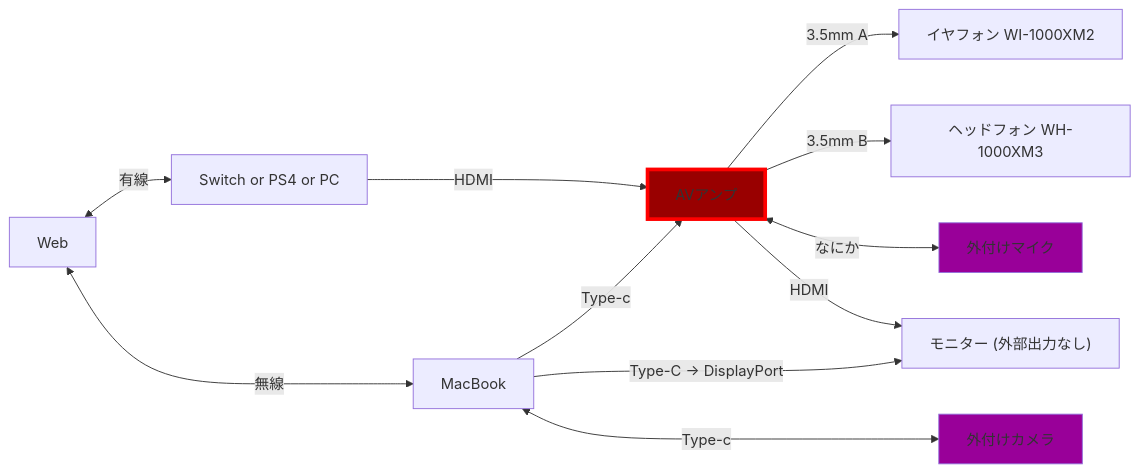
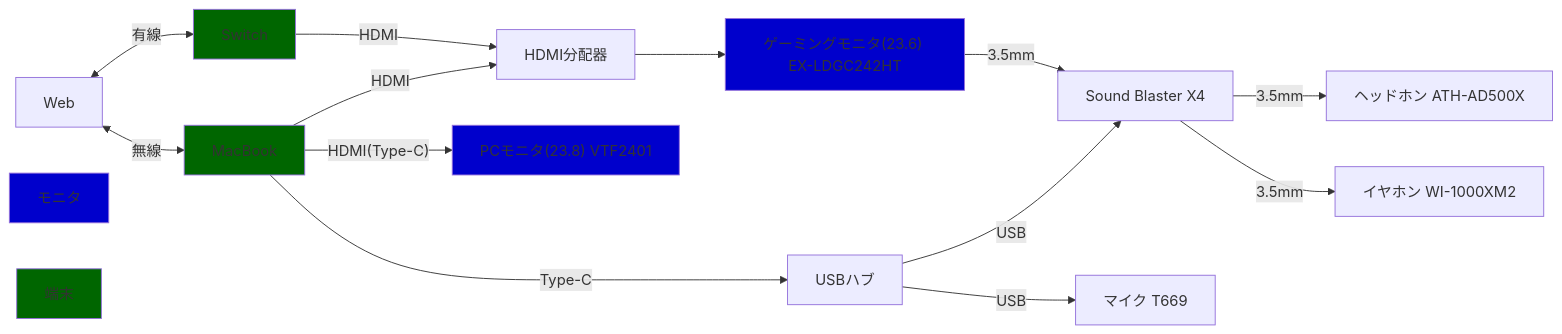
The diagram in environment/desktop.md (kotaoue/gamemo), drawn with Mermaid before and after one commit. The commit also changed other lines of this file, not shown here.

````diff
--- a/environment/desktop.md
+++ b/environment/desktop.md
@@ -17,16 +3,25 @@
 ```mermaid
 flowchart LR
-    Web <-->|有線| Game["Switch or PS4 or PC"]
-    Game --->|HDMI| Gadget
     Web <-->|無線| MacBook
-    Gadget -->|"3.5mm A"| イヤフォン["イヤフォン WI-1000XM2"]
-    Gadget -->|"3.5mm B"| ヘッドフォン["ヘッドフォン WH-1000XM3"]
-    Gadget <-->|なにか| 外付けマイク
-    Gadget -->|HDMI| Monitor
-    MacBook --->|"Type-C -> DisplayPort"| Monitor["モニター (外部出力なし)"]
-    MacBook -->|"Type-c"| Gadget[AVアンプ]
-    MacBook <--->|"Type-c"| 外付けカメラ
-    style Gadget fill:#900,stroke:#f00,stroke-width:4px
-    style 外付けカメラ fill:#909
-    style 外付けマイク fill:#909
+    MacBook -->|Type-C| USBハブ
+    USBハブ -->|USB| DAC["Sound Blaster X4"]
+    USBハブ -->|USB| マイク["マイク T669"]
+    MacBook -->|HDMI| HDMI分配器
+    HDMI分配器 -->ゲーミングモニタ["ゲーミングモニタ(23.6) EX-LDGC242HT"]
+    MacBook -->|"HDMI(Type-C)"| PCモニタ["PCモニタ(23.8) VTF2401"]
+
+    ゲーミングモニタ -->|3.5mm| DAC
+    DAC -->|3.5mm| ヘッドホン["ヘッドホン ATH-AD500X"]
+    DAC -->|3.5mm| イヤフォン["イヤホン WI-1000XM2"]
+    
+    Web <-->|有線| Switch
+    Switch -->|HDMI| HDMI分配器
+
+    style モニタ fill:#00c
+    style ゲーミングモニタ fill:#00c
+    style PCモニタ fill:#00c
+
+    style 端末 fill:#060
+    style MacBook fill:#060
+    style Switch fill:#060
 ```
````
